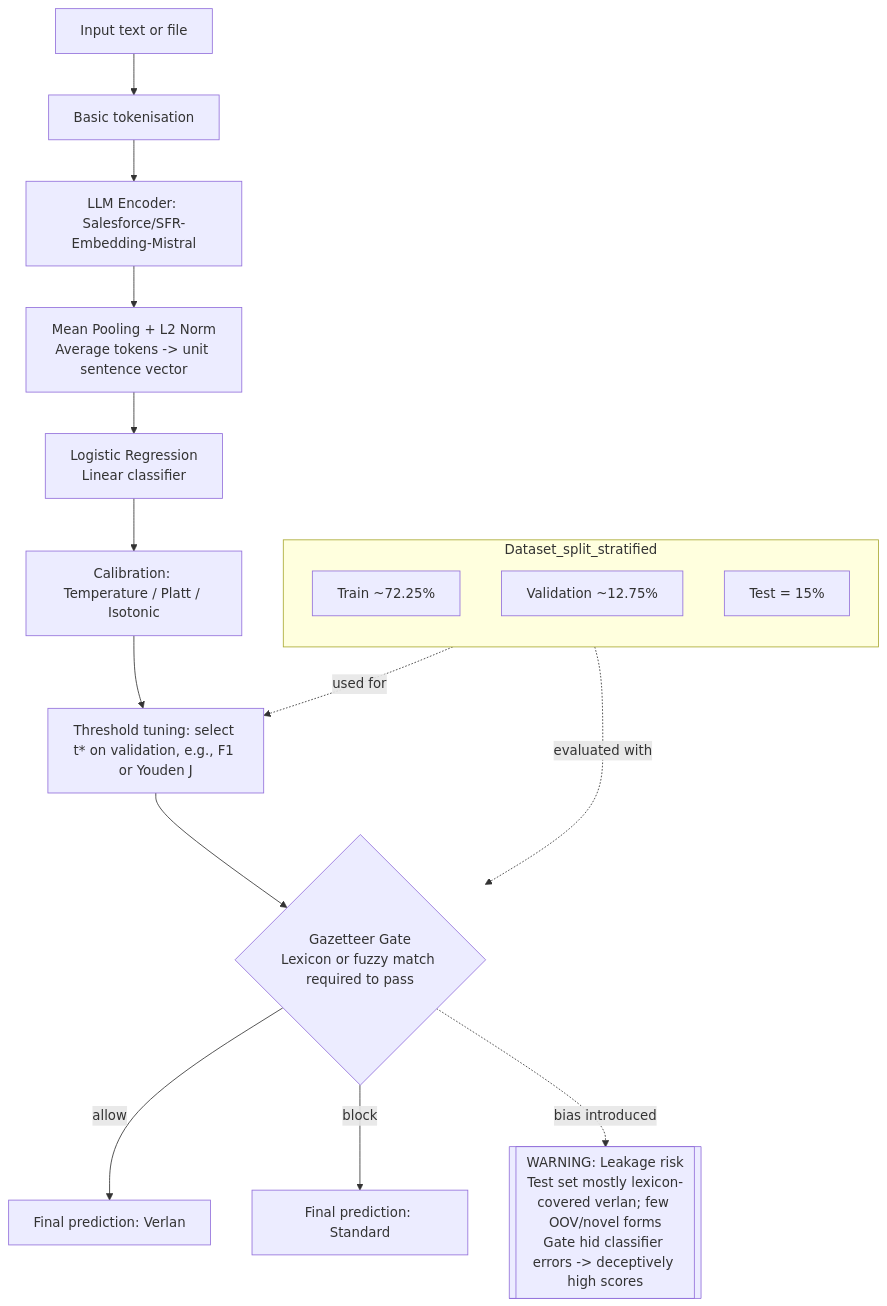
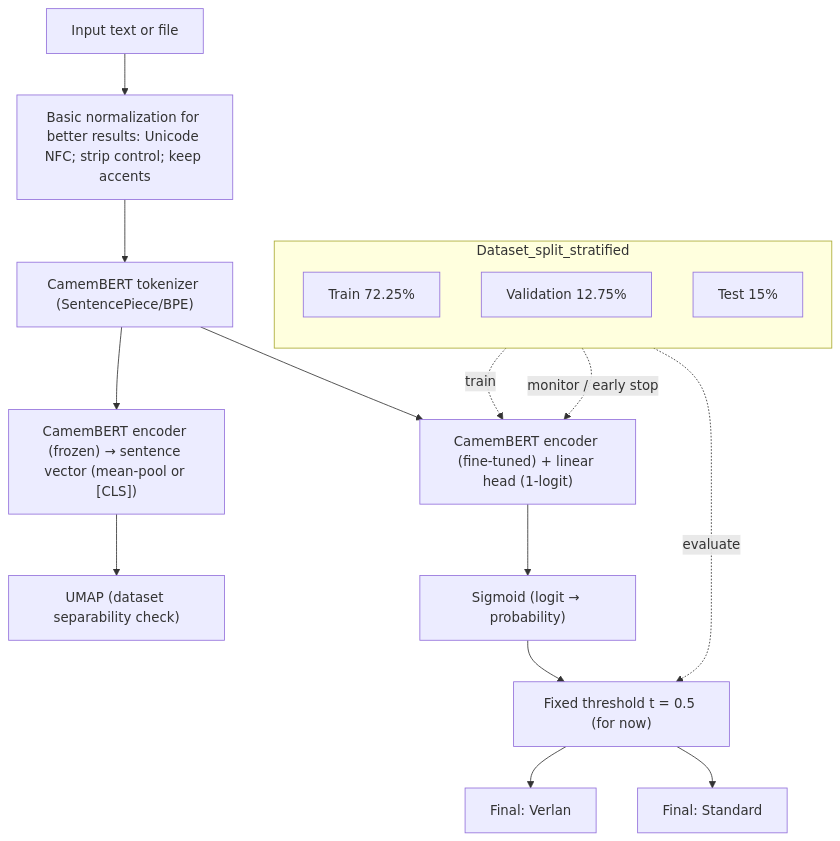
The first of 3 diagrams in README.md (greateden/Verlan-Identification-Normalisation), drawn with Mermaid before and after one commit.

````diff
--- a/README.md
+++ b/README.md
@@ -153,30 +153,33 @@
 ```mermaid
-  flowchart TB
-    %% Fixed pipeline (2 Sept) 
+flowchart TB
+  %% ===== Stratified split (fixed on 2 Sept) =====
+  subgraph Dataset_split_stratified
+    direction TB
+    S1["Train 72.25%"]
+    S2["Validation 12.75%"]
+    S3["Test 15%"]
+  end
 
-    subgraph Dataset_split_stratified
-      direction TB
-      S1[Train ~72.25%]
-      S2[Validation ~12.75%]
-      S3[Test = 15%]
-    end
+  %% ===== Ingestion & normalization =====
+  A["Input text or file"] --> N["Basic normalization for better results: Unicode NFC; strip control; keep accents"]
 
-    A[Input text or file] --> B[Basic tokenisation]
-    B --> C[LLM Encoder: Salesforce/SFR-Embedding-Mistral]
-    C --> D[Mean Pooling + L2 Norm\nAverage tokens -> unit sentence vector]
-    D --> E[Logistic Regression\nLinear classifier]
+  %% ===== Tokenize once for both branches =====
+  N --> T["CamemBERT tokenizer (SentencePiece/BPE)"]
 
-    %% Post-processing chain added only at inference time
-    E --> P1[Calibration: Temperature / Platt / Isotonic]
-    P1 --> P2[Threshold tuning: select t* on validation, e.g., F1 or Youden J]
-    P2 --> G{Gazetteer Gate\nLexicon or fuzzy match required to pass}
+  %% ===== Branch 1: Diagnostic UMAP (frozen encoder; not used for training) =====
+  T --> ENC_FZ["CamemBERT encoder (frozen) → sentence vector (mean-pool or [CLS])"]
+  ENC_FZ --> MAP["UMAP (dataset separability check)"]
 
-    G -- allow --> H[Final prediction: Verlan]
-    G -- block --> I[Final prediction: Standard]
+  %% ===== Branch 2: Classifier (fine-tune) =====
+  T --> ENC["CamemBERT encoder (fine-tuned) + linear head (1-logit)"]
+  ENC --> P["Sigmoid (logit → probability)"]
+  P --> TH["Fixed threshold t = 0.5 (for now)"]
+  TH --> V1["Final: Verlan"]
+  TH --> V0["Final: Standard"]
 
-    %% Evaluation linkage and warning
-    S2 -. used for .-> P2
-    S3 -. evaluated with .-> G
-    W[[WARNING: Leakage risk\nTest set mostly lexicon-covered verlan; few OOV/novel forms\nGate hid classifier errors -> deceptively high scores]]
-    G -. bias introduced .-> W
+  %% ===== Split linkage =====
+  S1 -. "train" .-> ENC
+  S2 -. "monitor / early stop" .-> ENC
+  S3 -. "evaluate" .-> TH
+
   ```
````
